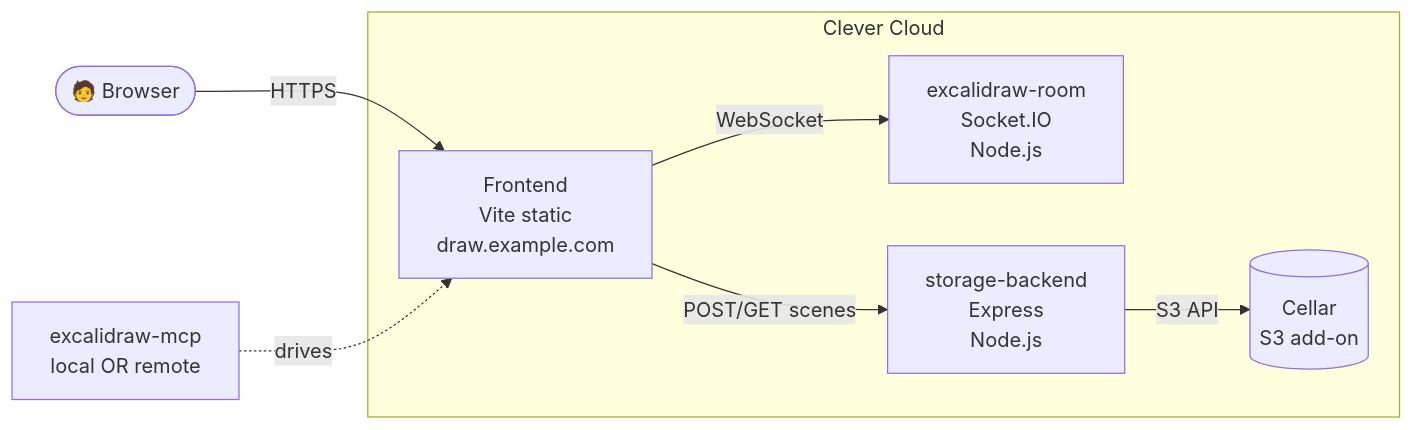
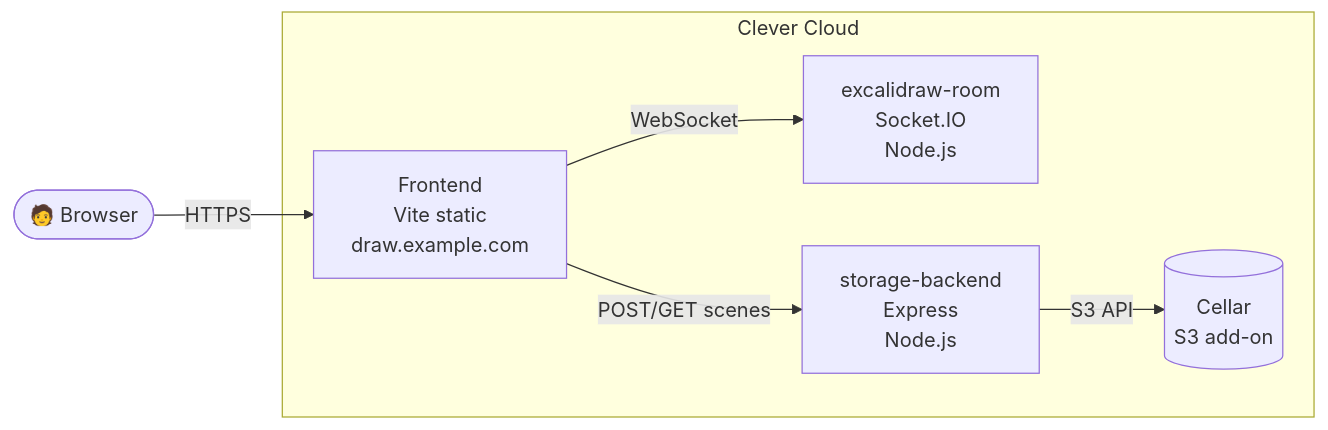
Before and after one commit to TheCrabe/excalidraw-clevercloud: the diagram in README.md, drawn with Mermaid. The commit also changed other lines of this file and 27 other files, not shown here.

````diff
--- a/README.md
+++ b/README.md
@@ -9,19 +9,16 @@
 ```mermaid
 flowchart LR
     user(["🧑 Browser"])
 
     subgraph CC["Clever Cloud"]
         front["Frontend<br/>Vite static<br/>draw.example.com"]
         room["excalidraw-room<br/>Socket.IO<br/>Node.js"]
         storage["storage-backend<br/>Express<br/>Node.js"]
         cellar[("Cellar<br/>S3 add-on")]
     end
 
-    mcp["excalidraw-mcp<br/>local OR remote"]
-
     user -- HTTPS --> front
     front -- WebSocket --> room
     front -- POST/GET scenes --> storage
     storage -- S3 API --> cellar
-    mcp -. drives .-> front
 ```
````
